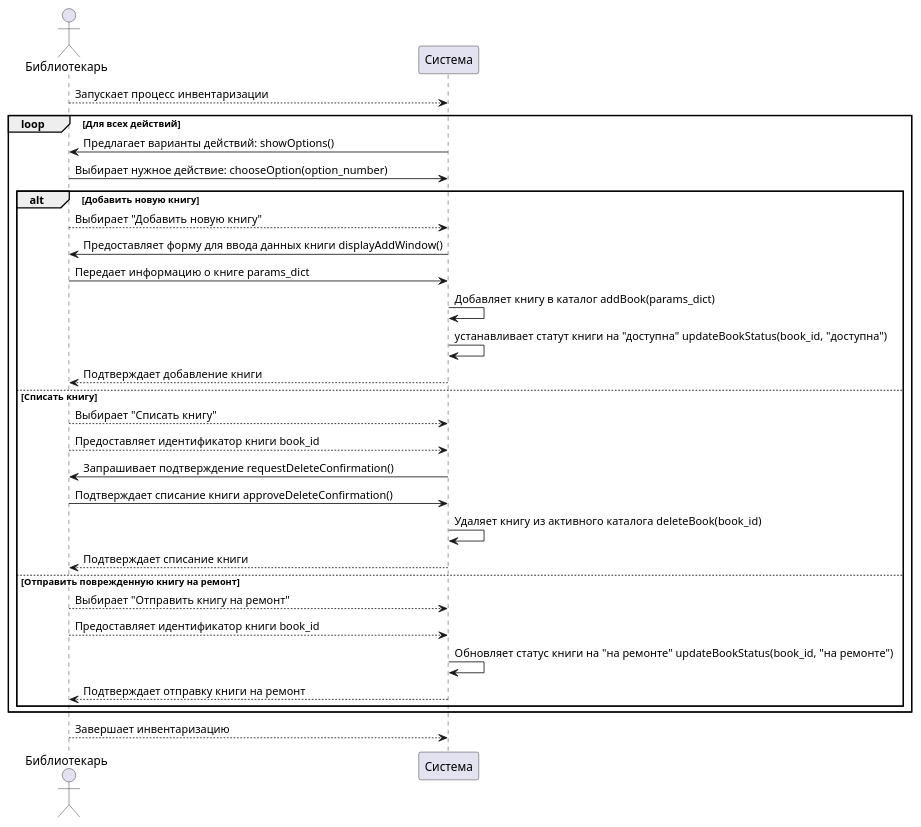
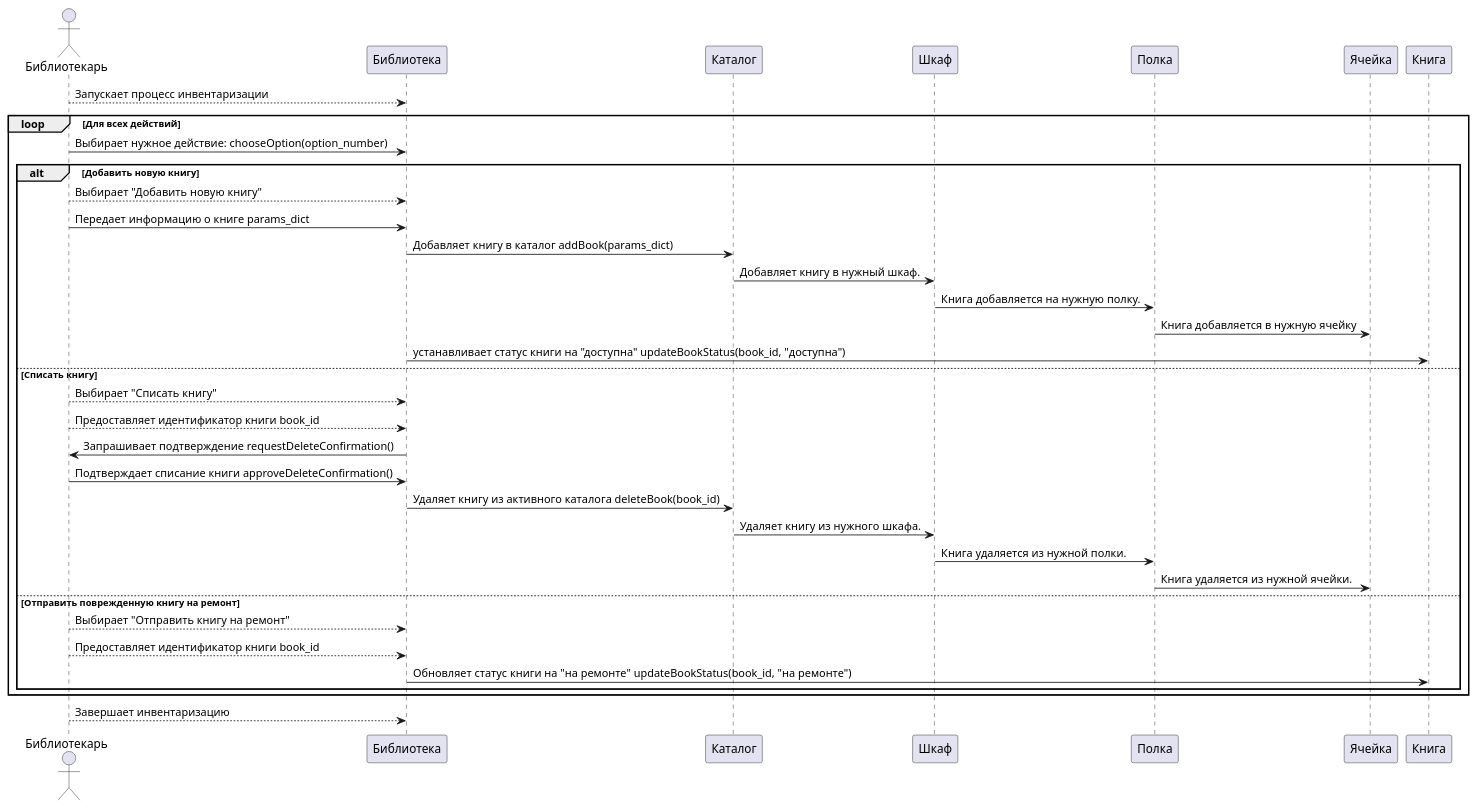
One commit to penamarth/bsbo-03-22_team1_var2 changed the diagram in Theory/Прецеденты/инвенторизация/инвентаризация uml.md. Above: the diagram before and after it, drawn with PlantUML.

Commit message:
Update инвентаризация uml.md

```diff
--- a/Theory/Прецеденты/инвенторизация/инвентаризация uml.md
+++ b/Theory/Прецеденты/инвенторизация/инвентаризация uml.md
@@ -1,33 +1,39 @@
 @startuml
 
 actor Библиотекарь
-participant Система
+participant Библиотека
+participant Каталог
+participant Шкаф
+participant Полка
+participant Ячейка
+participant Книга
 
-Библиотекарь --> Система : Запускает процесс инвентаризации
+Библиотекарь --> Библиотека : Запускает процесс инвентаризации
 loop Для всех действий
-Система -> Библиотекарь : Предлагает варианты действий: showOptions()
-Библиотекарь -> Система : Выбирает нужное действие: chooseOption(option_number)
+Библиотекарь -> Библиотека : Выбирает нужное действие: chooseOption(option_number)
 alt Добавить новую книгу
-    Библиотекарь --> Система : Выбирает "Добавить новую книгу"
-    Система -> Библиотекарь : Предоставляет форму для ввода данных книги displayAddWindow()
-    Библиотекарь -> Система : Передает информацию о книге params_dict
-    Система -> Система : Добавляет книгу в каталог addBook(params_dict)
-    Система -> Система : устанавливает статут книги на "доступна" updateBookStatus(book_id, "доступна")
-    Система --> Библиотекарь : Подтверждает добавление книги
+    Библиотекарь --> Библиотека : Выбирает "Добавить новую книгу"
+    Библиотекарь -> Библиотека : Передает информацию о книге params_dict
+    Библиотека -> Каталог : Добавляет книгу в каталог addBook(params_dict)
+    Каталог -> Шкаф : Добавляет книгу в нужный шкаф.
+    Шкаф -> Полка : Книга добавляется на нужную полку.
+    Полка -> Ячейка : Книга добавляется в нужную ячейку
+    Библиотека -> Книга : устанавливает статус книги на "доступна" updateBookStatus(book_id, "доступна")
 else Списать книгу
-    Библиотекарь --> Система : Выбирает "Списать книгу"
-    Библиотекарь --> Система : Предоставляет идентификатор книги book_id
-    Система -> Библиотекарь : Запрашивает подтверждение requestDeleteConfirmation()
-    Библиотекарь -> Система : Подтверждает списание книги approveDeleteConfirmation()
-    Система -> Система : Удаляет книгу из активного каталога deleteBook(book_id)
-    Система --> Библиотекарь : Подтверждает списание книги
+    Библиотекарь --> Библиотека : Выбирает "Списать книгу"
+    Библиотекарь --> Библиотека : Предоставляет идентификатор книги book_id
+    Библиотека -> Библиотекарь : Запрашивает подтверждение requestDeleteConfirmation()
+    Библиотекарь -> Библиотека : Подтверждает списание книги approveDeleteConfirmation()
+    Библиотека -> Каталог : Удаляет книгу из активного каталога deleteBook(book_id)
+    Каталог -> Шкаф : Удаляет книгу из нужного шкафа.
+    Шкаф -> Полка : Книга удаляется из нужной полки.
+    Полка -> Ячейка : Книга удаляется из нужной ячейки.
 else Отправить поврежденную книгу на ремонт
-    Библиотекарь --> Система : Выбирает "Отправить книгу на ремонт"
-    Библиотекарь --> Система : Предоставляет идентификатор книги book_id
-    Система -> Система : Обновляет статус книги на "на ремонте" updateBookStatus(book_id, "на ремонте")
-    Система --> Библиотекарь : Подтверждает отправку книги на ремонт
+    Библиотекарь --> Библиотека : Выбирает "Отправить книгу на ремонт"
+    Библиотекарь --> Библиотека : Предоставляет идентификатор книги book_id
+    Библиотека -> Книга : Обновляет статус книги на "на ремонте" updateBookStatus(book_id, "на ремонте")
 end
 end
-Библиотекарь --> Система : Завершает инвентаризацию
+Библиотекарь --> Библиотека : Завершает инвентаризацию
 
 @enduml
```
